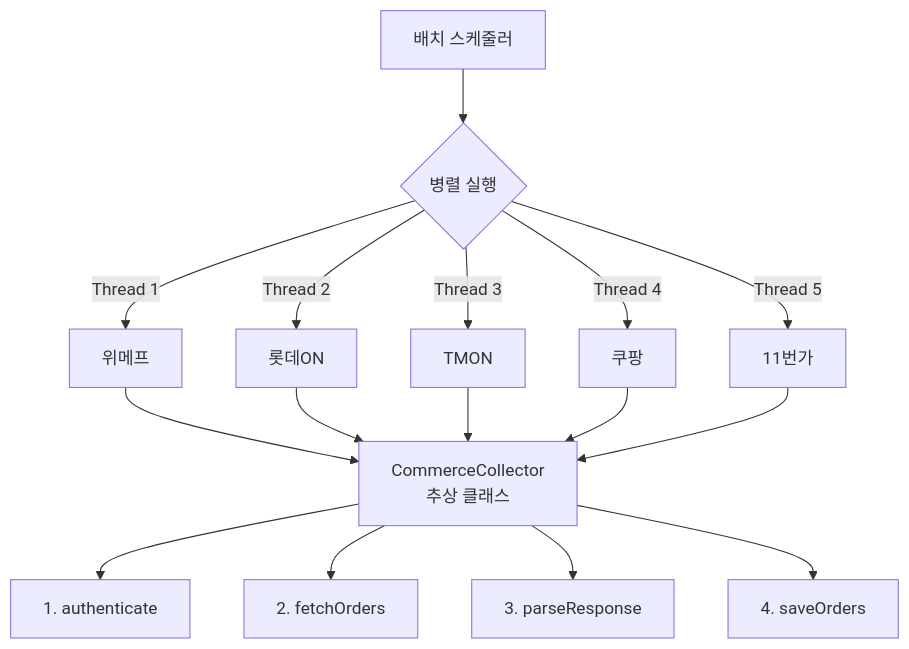
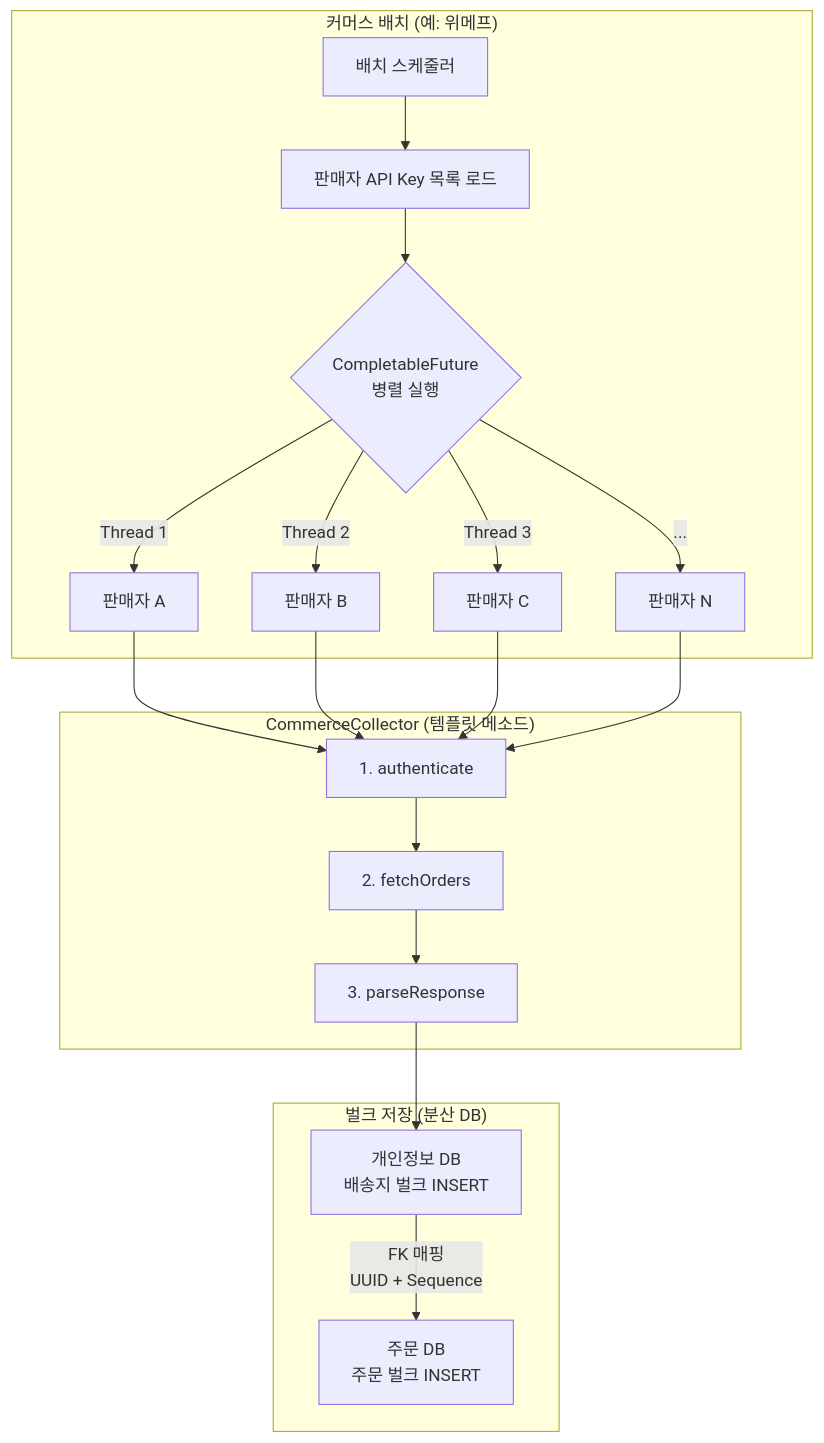
One commit to banggeunho/banggeunho changed the diagram in portfolio/projects/ecommerce-batch-optimization/index.md. Above: the diagram before and after it, drawn with Mermaid. The commit also changed other lines of this file, not shown here.

````diff
--- a/portfolio/projects/ecommerce-batch-optimization/index.md
+++ b/portfolio/projects/ecommerce-batch-optimization/index.md
@@ -146,20 +153,26 @@
 ```mermaid
 graph TB
-    A[배치 스케줄러] --> B{병렬 실행}
-    B -->|Thread 1| C[위메프]
-    B -->|Thread 2| D[롯데ON]
-    B -->|Thread 3| E[TMON]
-    B -->|Thread 4| F[쿠팡]
-    B -->|Thread 5| G[11번가]
+    subgraph 커머스_배치["커머스 배치 (예: 위메프)"]
+        A[배치 스케줄러] --> B[판매자 API Key 목록 로드]
+        B --> C{CompletableFuture<br/>병렬 실행}
+        C -->|Thread 1| D[판매자 A]
+        C -->|Thread 2| E[판매자 B]
+        C -->|Thread 3| F[판매자 C]
+        C -->|...| G[판매자 N]
+    end
 
-    C --> H[CommerceCollector<br/>추상 클래스]
+    subgraph 템플릿_메소드["CommerceCollector (템플릿 메소드)"]
+        H[1. authenticate] --> I[2. fetchOrders]
+        I --> J[3. parseResponse]
+    end
+
     D --> H
     E --> H
     F --> H
     G --> H
 
-    H --> I[1. authenticate]
-    H --> J[2. fetchOrders]
-    H --> K[3. parseResponse]
-    H --> L[4. saveOrders]
+    subgraph 벌크_저장["벌크 저장 (분산 DB)"]
+        J --> K[개인정보 DB<br/>배송지 벌크 INSERT]
+        K -->|FK 매핑<br/>UUID + Sequence| L[주문 DB<br/>주문 벌크 INSERT]
+    end
 ```
````
